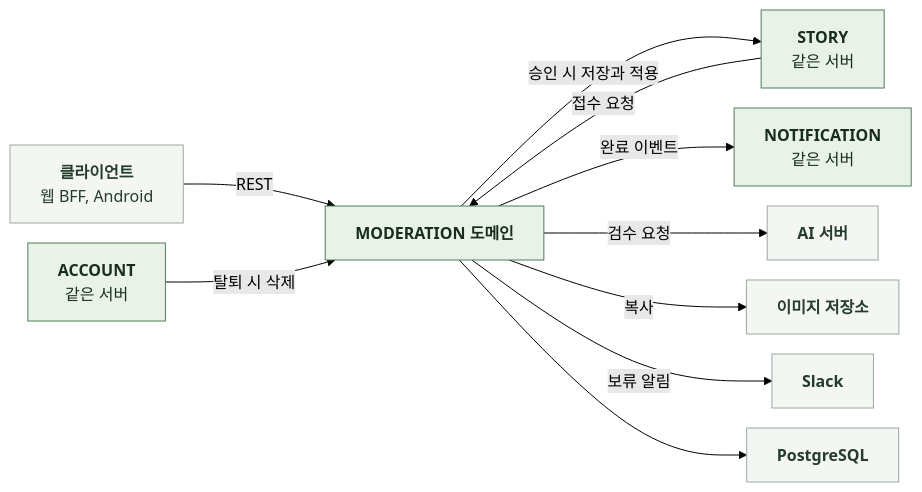
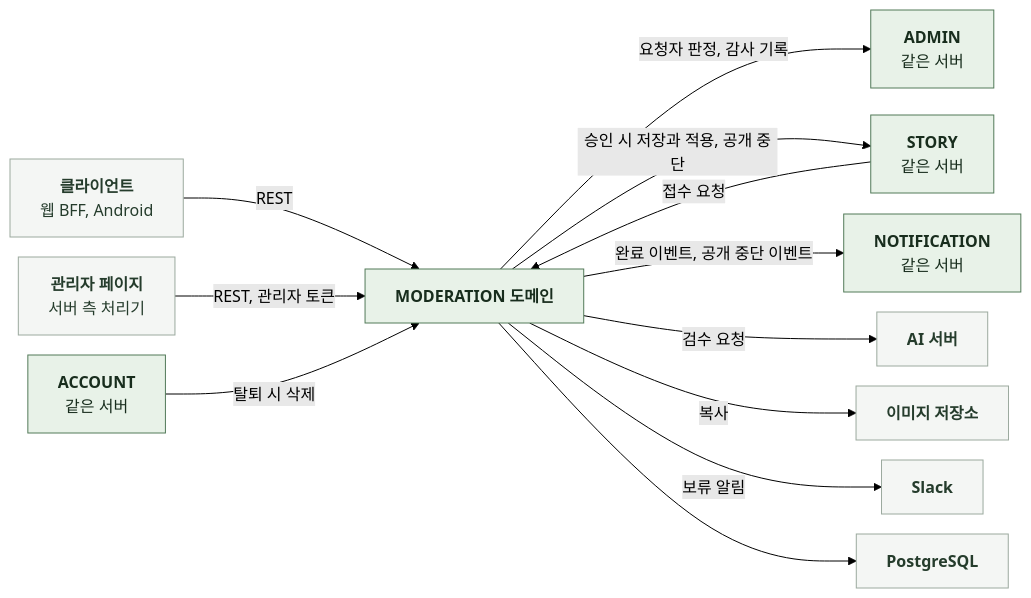
One commit to KIM-N-KANG/knk-harness changed the diagram in docs/domain/MODERATION/BACKEND/3-1-SOFTWARE-ARCHITECTURE.md. Above: the diagram before and after it, drawn with Mermaid (forest theme). The commit also changed other lines of this file and 128 other files, not shown here.

First line of the commit message:
[KNK-1728] Docs: 관리자 페이지 스펙 (#416)

````diff
--- a/docs/domain/MODERATION/BACKEND/3-1-SOFTWARE-ARCHITECTURE.md
+++ b/docs/domain/MODERATION/BACKEND/3-1-SOFTWARE-ARCHITECTURE.md
@@ -21,21 +22,25 @@
 ```mermaid
 %%{init: {"flowchart": {"curve": "basis", "nodeSpacing": 20, "rankSpacing": 60}}}%%
 flowchart LR
     C["`**클라이언트**
 웹 BFF, Android`"] -->|REST| S["`**MODERATION 도메인**`"]
+    AP["`**관리자 페이지**
+서버 측 처리기`"] -->|REST, 관리자 토큰| S
+    S -->|요청자 판정, 감사 기록| AD["`**ADMIN**
+같은 서버`"]
     O["`**STORY**
 같은 서버`"] -->|접수 요청| S
-    S -->|승인 시 저장과 적용| O
+    S -->|승인 시 저장과 적용, 공개 중단| O
     A["`**ACCOUNT**
 같은 서버`"] -->|탈퇴 시 삭제| S
-    S -->|완료 이벤트| N["`**NOTIFICATION**
+    S -->|완료 이벤트, 공개 중단 이벤트| N["`**NOTIFICATION**
 같은 서버`"]
     S -->|검수 요청| AI["`**AI 서버**`"]
     S -->|복사| IMG["`**이미지 저장소**`"]
     S -->|보류 알림| SL["`**Slack**`"]
     S --> DB["`**PostgreSQL**`"]
     classDef ext fill:#F4F6F4,stroke:#9BA99E,color:#253C2C
     classDef comp fill:#E8F2E8,stroke:#527A59,color:#182D1D
-    class C,AI,IMG,SL,DB ext
-    class S,O,A,N comp
+    class C,AP,AI,IMG,SL,DB ext
+    class S,O,A,N,AD comp
 ```
````
